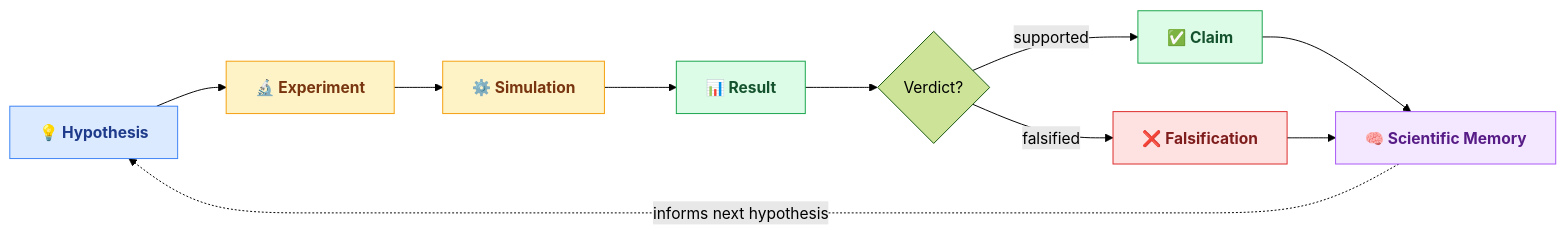
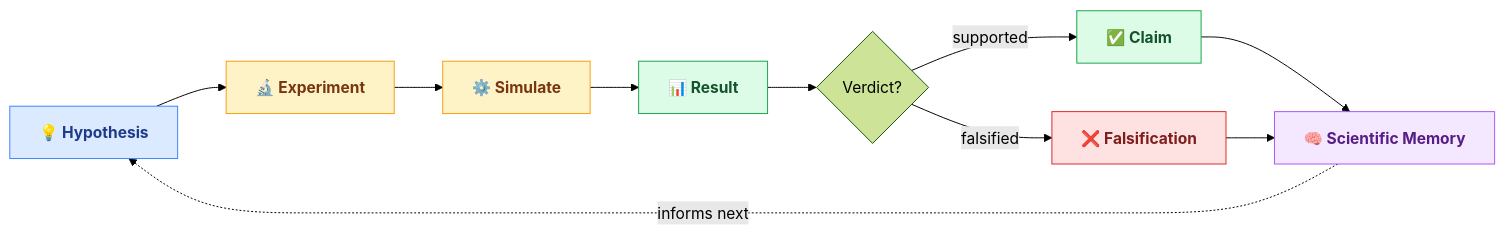
One commit to open-agent-science/autonomous-physics-lab changed the first of 3 diagrams in README.md. Above: the diagram before and after it, drawn with Mermaid (forest theme). The commit also changed other lines of this file, not shown here.

First line of the commit message:
docs(task-0095): fix campaigns diagram layout and clean up APL loop labels

````diff
--- a/README.md
+++ b/README.md
@@ -13,17 +13,15 @@
 ```mermaid
 flowchart LR
-    classDef hyp  fill:#dbeafe,stroke:#3b82f6,color:#1e3a8a,font-weight:bold
-    classDef exp  fill:#fef3c7,stroke:#f59e0b,color:#78350f,font-weight:bold
-    classDef res  fill:#dcfce7,stroke:#16a34a,color:#14532d,font-weight:bold
-    classDef bad  fill:#fee2e2,stroke:#dc2626,color:#7f1d1d,font-weight:bold
-    classDef mem  fill:#f3e8ff,stroke:#a855f7,color:#581c87,font-weight:bold
+    classDef hyp fill:#dbeafe,stroke:#3b82f6,color:#1e3a8a,font-weight:bold
+    classDef exp fill:#fef3c7,stroke:#f59e0b,color:#78350f,font-weight:bold
+    classDef res fill:#dcfce7,stroke:#16a34a,color:#14532d,font-weight:bold
+    classDef bad fill:#fee2e2,stroke:#dc2626,color:#7f1d1d,font-weight:bold
+    classDef mem fill:#f3e8ff,stroke:#a855f7,color:#581c87,font-weight:bold
 
-    H["💡 Hypothesis"]:::hyp  --> E["🔬 Experiment"]:::exp
-    E                          --> S["⚙️ Simulation"]:::exp
-    S                          --> R["📊 Result"]:::res
-    R                          --> V{"Verdict?"}
+    H["💡 Hypothesis"]:::hyp --> E["🔬 Experiment"]:::exp --> S["⚙️ Simulate"]:::exp --> R["📊 Result"]:::res
+    R --> V{"Verdict?"}
     V -->|"supported"| C["✅ Claim"]:::res
     V -->|"falsified"| F["❌ Falsification"]:::bad
-    C & F                      --> M["🧠 Scientific Memory"]:::mem
-    M -.->|"informs next hypothesis"| H
+    C & F --> M["🧠 Scientific Memory"]:::mem
+    M -.->|"informs next"| H
 ```
````
